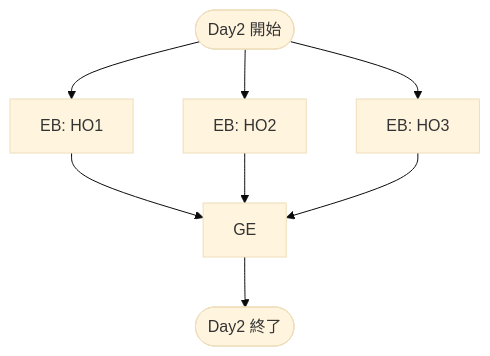
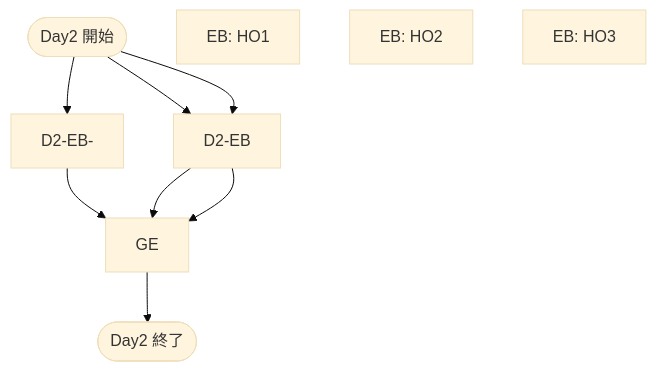
One commit to KarasuTatehi/last-resort-disturbance changed the second of 3 diagrams in specs/routing.md. Above: the diagram before and after it, drawn with Mermaid (base theme). The commit also changed other lines of this file, not shown here.

Commit message:
specs/routing.md updated from https://stackedit.io/

````diff
--- a/specs/routing.md
+++ b/specs/routing.md
@@ -34,14 +34,14 @@
 ```mermaid
 flowchart TD
 D2S([Day2 開始])
-HO1-D2-EB["EB: HO1"]
-HO2-D2-EB["EB: HO2"]
-HO3-D2-EB["EB: HO3"]
+D2-EB-HO1["EB: HO1"]
+D2-EB-HO2["EB: HO2"]
+D2-EB-HO3["EB: HO3"]
 D2-GE["GE"]
 D2E([Day2 終了])
 
 D2S -->
-HO1-D2-EB & HO2-D2-EB & HO3-D2-EB -->
+D2-EB- & D2-EB & D2-EB -->
 D2-GE -->
 D2E
 ```
````
